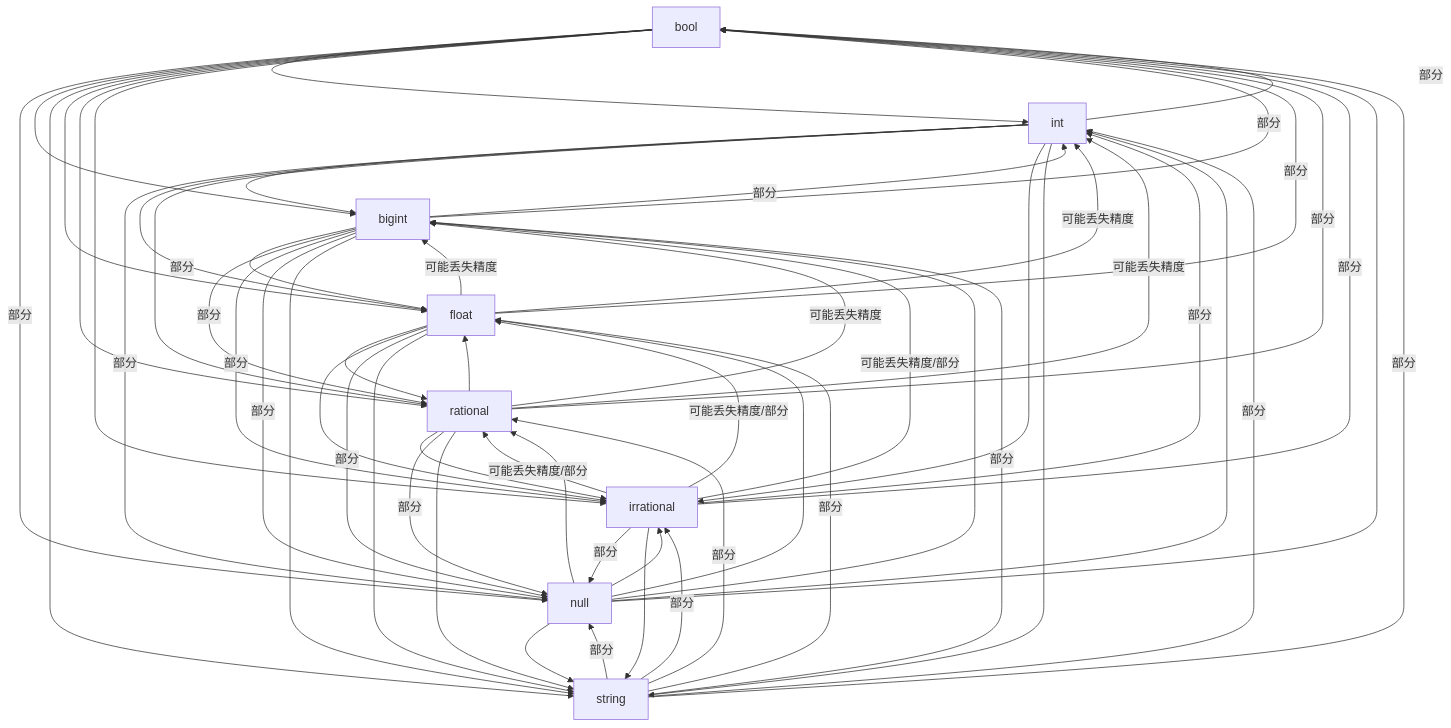
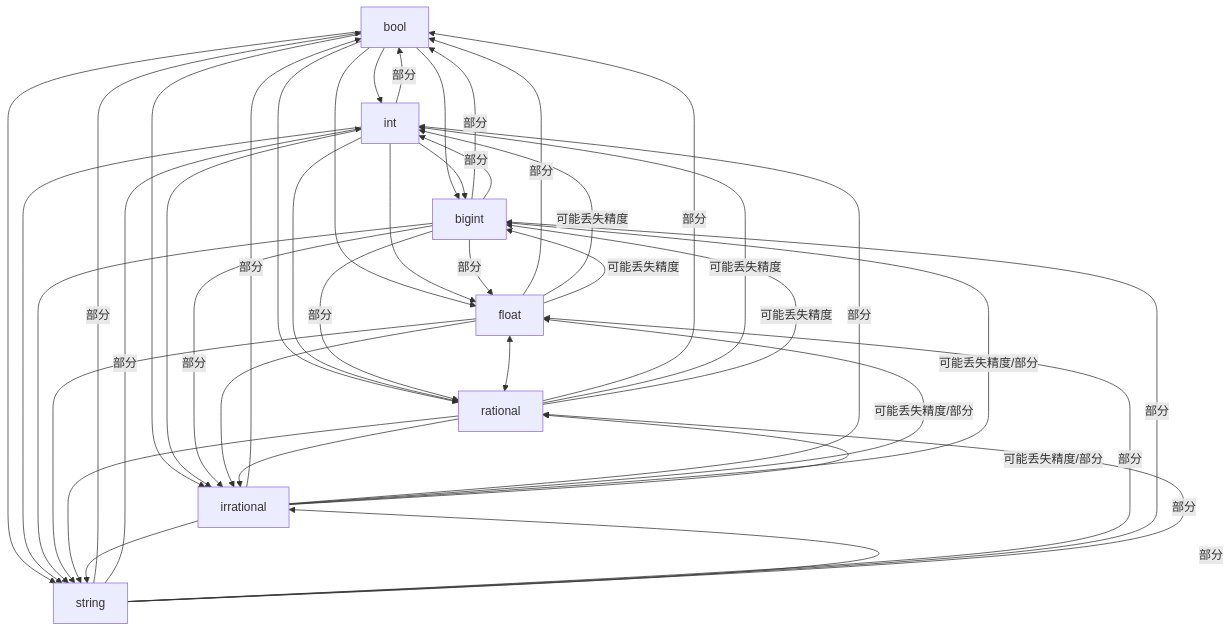
One commit to CGrakeski/LSR changed the second of 2 diagrams in store/LSR-005.md. Above: the diagram before and after it, drawn with Mermaid. The commit also changed other lines of this file, not shown here.

Commit message:
修改了 LSR-005.md

```````diff
--- a/store/LSR-005.md
+++ b/store/LSR-005.md
@@ -59,5 +58,5 @@
 ``````mermaid
-flowchart TD
+graph TD
     %% 基础类型分组
     bool
     int
@@ -65,12 +64,10 @@
     bigint
     rational
     irrational
-    null
     string
 
     %% 布尔值转换
     bool --> int
-    bool -->|部分| null
     bool --> bigint
     bool --> string
     bool --> float
@@ -79,7 +76,6 @@
 
     %% 整型转换
     int --> bigint
-    int --> |部分|null
     int --> |部分|bool
     int --> float
     int --> rational
@@ -92,25 +88,21 @@
     bigint --> |部分|float
     bigint --> |部分|rational
     bigint --> |部分|irrational
-    bigint --> |部分|null
     bigint --> string
 
     %% 浮点数转换
     float --> |部分|bool
     float --> |可能丢失精度|int
     float --> |可能丢失精度|bigint
-    float --> rational
+    float <--> rational
     float --> irrational
-    float --> |部分|null
     float --> string
 
     %% 有理数转换
     rational --> |部分|bool
     rational --> |可能丢失精度|int
     rational --> |可能丢失精度|bigint
-    rational --> float
     rational --> irrational
-    rational --> |部分|null
     rational --> string
 
     %% 无理数转换
@@ -119,17 +111,7 @@
     irrational --> |可能丢失精度/部分|float
     irrational --> |可能丢失精度/部分|bigint
     irrational --> |可能丢失精度/部分|rational
-    irrational --> |部分|null
     irrational --> string
-
-    %% 空值转换
-    null --> bool
-    null --> int
-    null --> float
-    null --> bigint
-    null --> rational
-    null --> irrational
-    null --> string
     
     %% 字符串转换
     string --> |部分|bool
@@ -138,5 +120,4 @@
     string --> |部分|bigint
     string --> |部分|rational
     string --> |部分|irrational
-    string --> |部分|null
 ``````
```````
